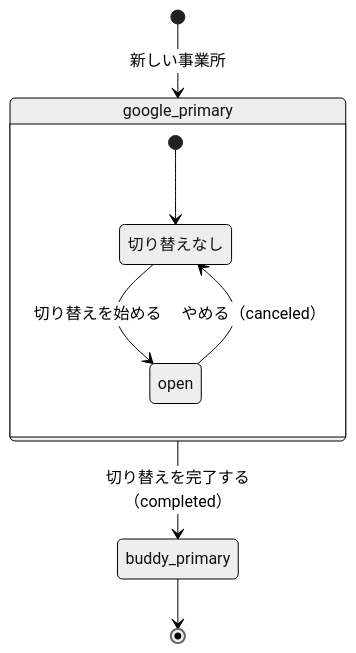
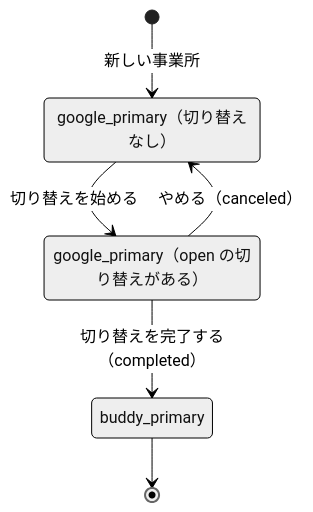
Before and after one commit to Fukuemon/buddy: the first of 2 diagrams in docs/adr/0009-google-calendar-sync.md, drawn with Mermaid (neutral theme). The commit also changed other lines of this file and 4 other files, not shown here.

````diff
--- a/docs/adr/0009-google-calendar-sync.md
+++ b/docs/adr/0009-google-calendar-sync.md
@@ -84,11 +84,10 @@
 ```mermaid
 stateDiagram-v2
-    [*] --> google_primary: 新しい事業所
-    state google_primary {
-        [*] --> 切り替えなし
-        切り替えなし --> open: 切り替えを始める
-        open --> 切り替えなし: やめる（canceled）
-    }
-    google_primary --> buddy_primary: 切り替えを完了する（completed）
+    state "google_primary（切り替えなし）" as idle
+    state "google_primary（open の切り替えがある）" as open
+    [*] --> idle: 新しい事業所
+    idle --> open: 切り替えを始める
+    open --> idle: やめる（canceled）
+    open --> buddy_primary: 切り替えを完了する（completed）
     buddy_primary --> [*]
 ```
````
